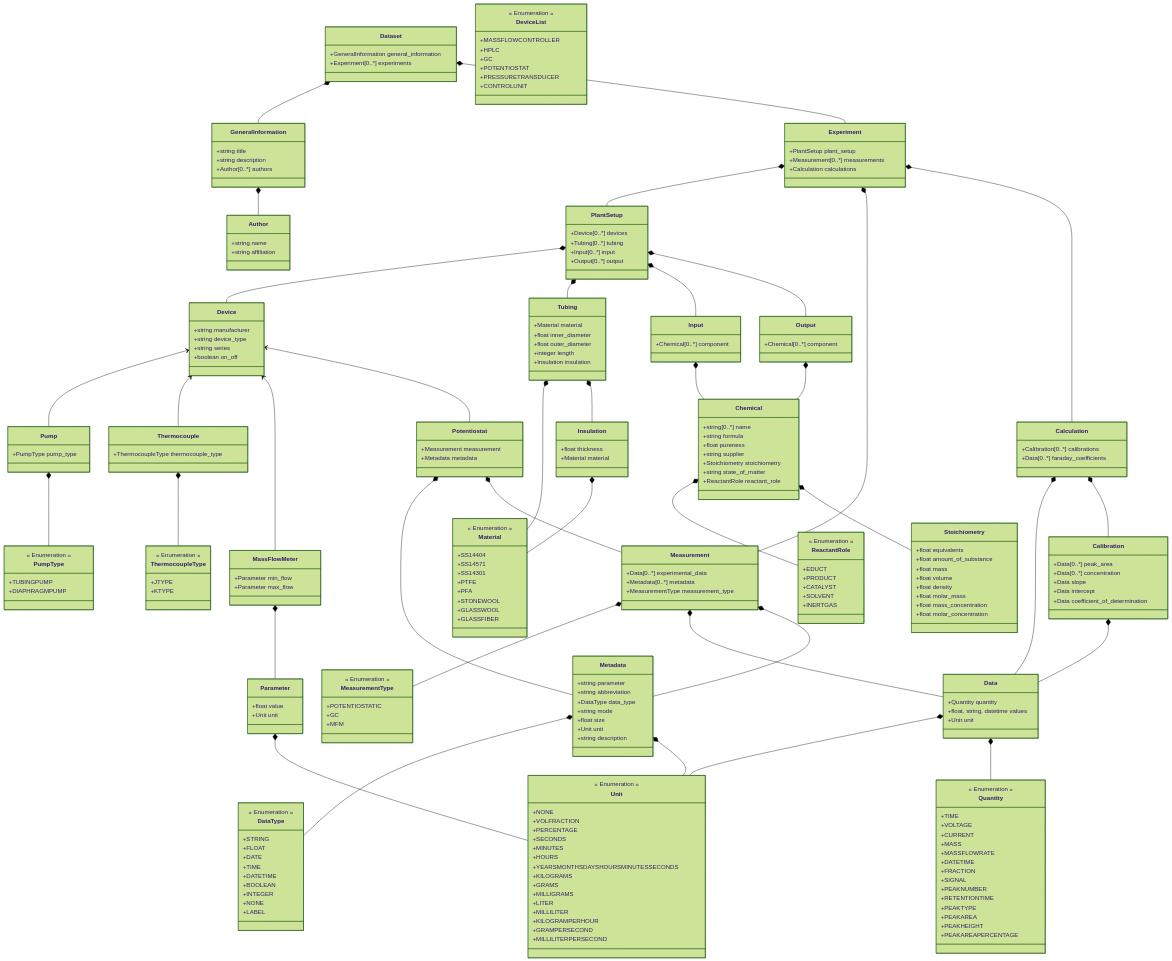
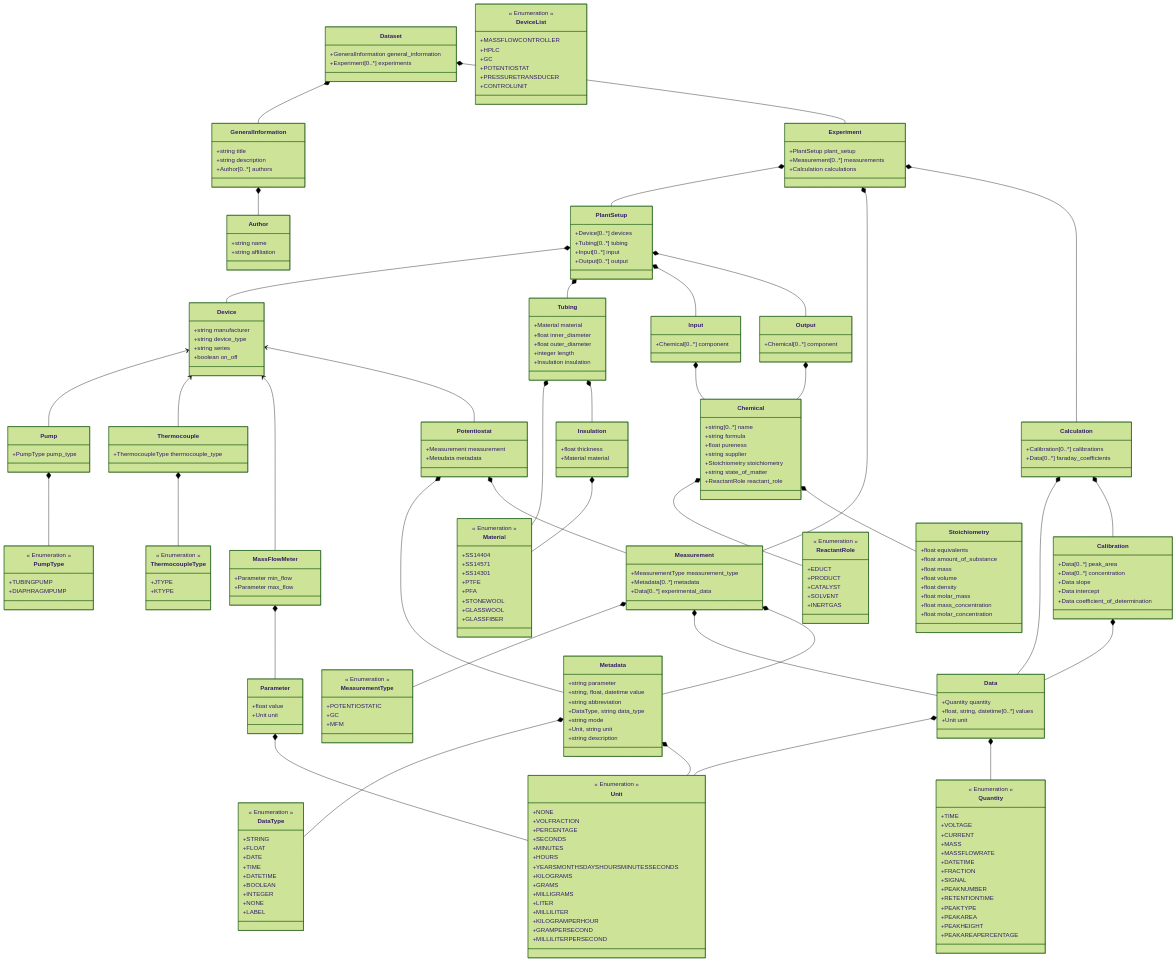
One commit to FAIRChemistry/FAIRFlow changed the diagram in datamodel_b07_tc/schemes/datamodel_b07_tc_schema.md. Above: the diagram before and after it, drawn with Mermaid (forest theme). The commit also changed 69 other files, not shown here.

```diff
--- a/datamodel_b07_tc/schemes/datamodel_b07_tc_schema.md
+++ b/datamodel_b07_tc/schemes/datamodel_b07_tc_schema.md
@@ -141,24 +141,24 @@
     
     class Data {
         +Quantity quantity
-        +float, string, datetime values
+        +float, string, datetime[0..*] values
         +Unit unit
     }
     
     class Metadata {
         +string parameter
+        +string, float, datetime value
         +string abbreviation
-        +DataType data_type
+        +DataType, string data_type
         +string mode
-        +float size
-        +Unit unit
+        +Unit, string unit
         +string description
     }
     
     class Measurement {
+        +MeasurementType measurement_type
+        +Metadata[0..*] metadata
         +Data[0..*] experimental_data
-        +Metadata[0..*] metadata
-        +MeasurementType measurement_type
     }
     
     class Calculation {
```
